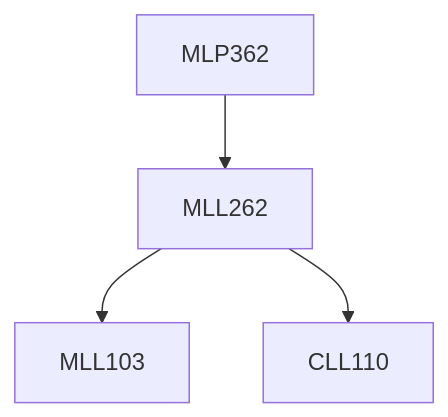
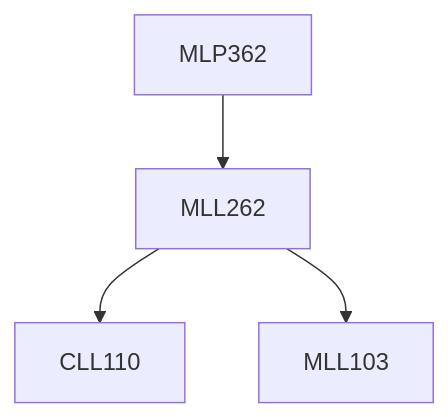
Before and after one commit to KeshavBansal0122/CoS_Website: the diagram in content/Materials Science and Engineering/MLP362.md, drawn with Mermaid. The commit also changed other lines of this file and 2662 other files, not shown here.

````diff
--- a/content/Materials Science and Engineering/MLP362.md
+++ b/content/Materials Science and Engineering/MLP362.md
@@ -17,10 +17,10 @@
 ```mermaid
 flowchart TD
 MLP362-506[MLP362]
-MLL262-506 --> MLL103-506[MLL103]
 MLP362-506 --> MLL262-506[MLL262]
 MLL262-506 --> CLL110-506[CLL110]
+MLL262-506 --> MLL103-506[MLL103]
 
 classDef empty height:17px, fill:transparent, stroke:transparent;
 classDef trueEmpty height:0px, width:0px;
 ```
````
